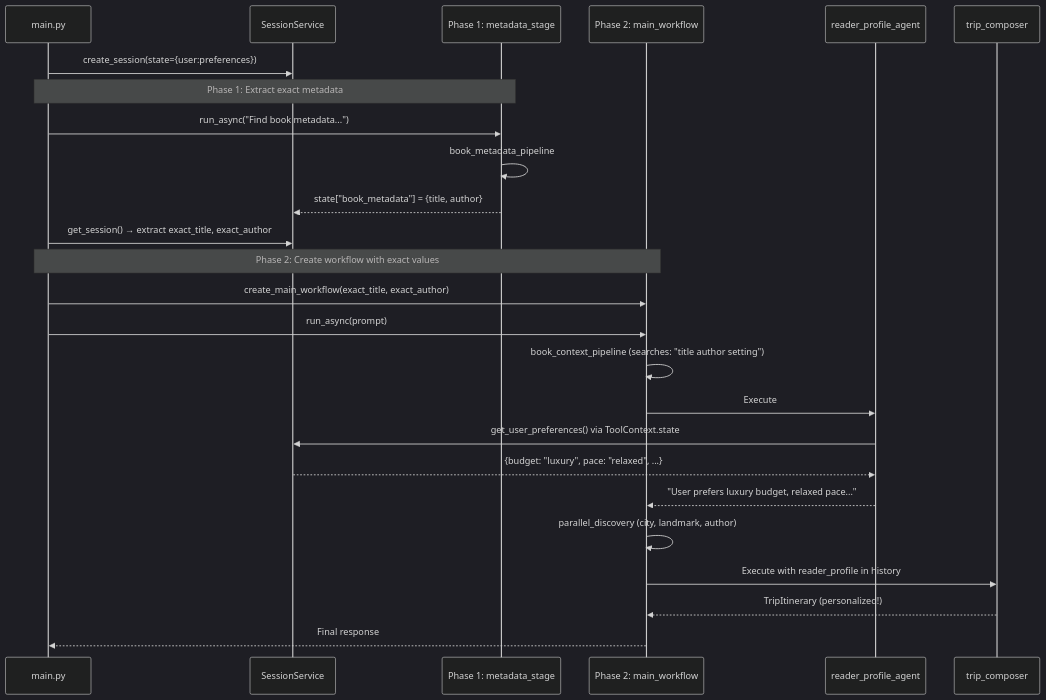
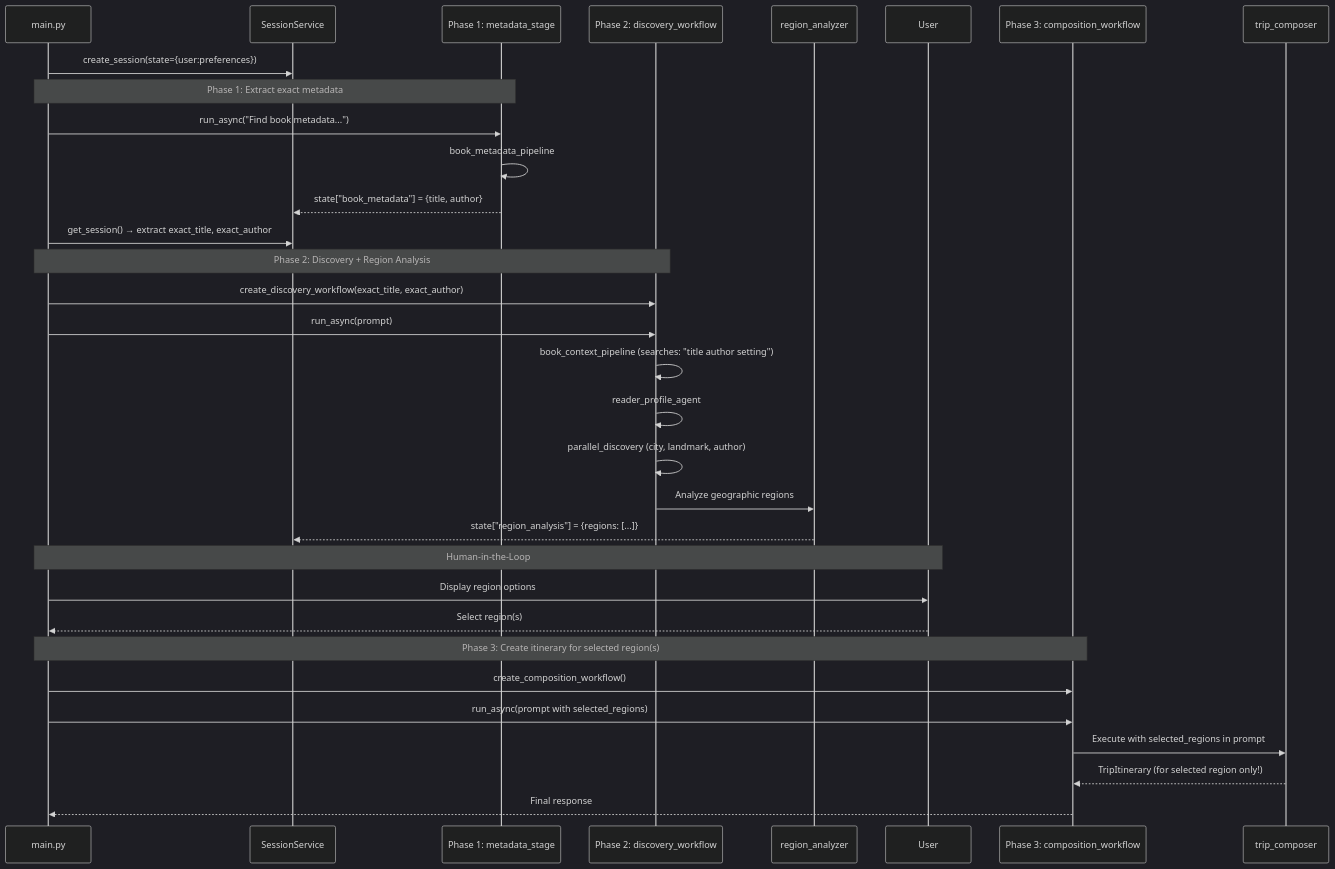
One commit to o-ostrovskiy/storyland-ai changed the third of 3 diagrams in README.md. Above: the diagram before and after it, drawn with Mermaid (dark theme). The commit also changed other lines of this file and 16 other files, not shown here.

Commit message:
Implement region analyser agent, create demo notebook

````diff
--- a/README.md
+++ b/README.md
@@ -408,34 +481,42 @@
 ```mermaid
 sequenceDiagram
     participant CLI as main.py
     participant SS as SessionService
     participant P1 as Phase 1: metadata_stage
-    participant P2 as Phase 2: main_workflow
-    participant RP as reader_profile_agent
+    participant P2 as Phase 2: discovery_workflow
+    participant RA as region_analyzer
+    participant User as User
+    participant P3 as Phase 3: composition_workflow
     participant TC as trip_composer
 
     CLI->>SS: create_session(state={user:preferences})
 
     Note over CLI,P1: Phase 1: Extract exact metadata
     CLI->>P1: run_async("Find book metadata...")
     P1->>P1: book_metadata_pipeline
     P1-->>SS: state["book_metadata"] = {title, author}
     CLI->>SS: get_session() → extract exact_title, exact_author
 
-    Note over CLI,P2: Phase 2: Create workflow with exact values
-    CLI->>P2: create_main_workflow(exact_title, exact_author)
+    Note over CLI,P2: Phase 2: Discovery + Region Analysis
+    CLI->>P2: create_discovery_workflow(exact_title, exact_author)
     CLI->>P2: run_async(prompt)
 
     P2->>P2: book_context_pipeline (searches: "title author setting")
-    P2->>RP: Execute
-    RP->>SS: get_user_preferences() via ToolContext.state
-    SS-->>RP: {budget: "luxury", pace: "relaxed", ...}
-    RP-->>P2: "User prefers luxury budget, relaxed pace..."
+    P2->>P2: reader_profile_agent
+    P2->>P2: parallel_discovery (city, landmark, author)
+    P2->>RA: Analyze geographic regions
+    RA-->>SS: state["region_analysis"] = {regions: [...]}
 
-    P2->>P2: parallel_discovery (city, landmark, author)
+    Note over CLI,User: Human-in-the-Loop
+    CLI->>User: Display region options
+    User-->>CLI: Select region(s)
 
-    P2->>TC: Execute with reader_profile in history
-    TC-->>P2: TripItinerary (personalized!)
+    Note over CLI,P3: Phase 3: Create itinerary for selected region(s)
+    CLI->>P3: create_composition_workflow()
+    CLI->>P3: run_async(prompt with selected_regions)
 
-    P2-->>CLI: Final response
+    P3->>TC: Execute with selected_regions in prompt
+    TC-->>P3: TripItinerary (for selected region only!)
+
+    P3-->>CLI: Final response
 ```
````
